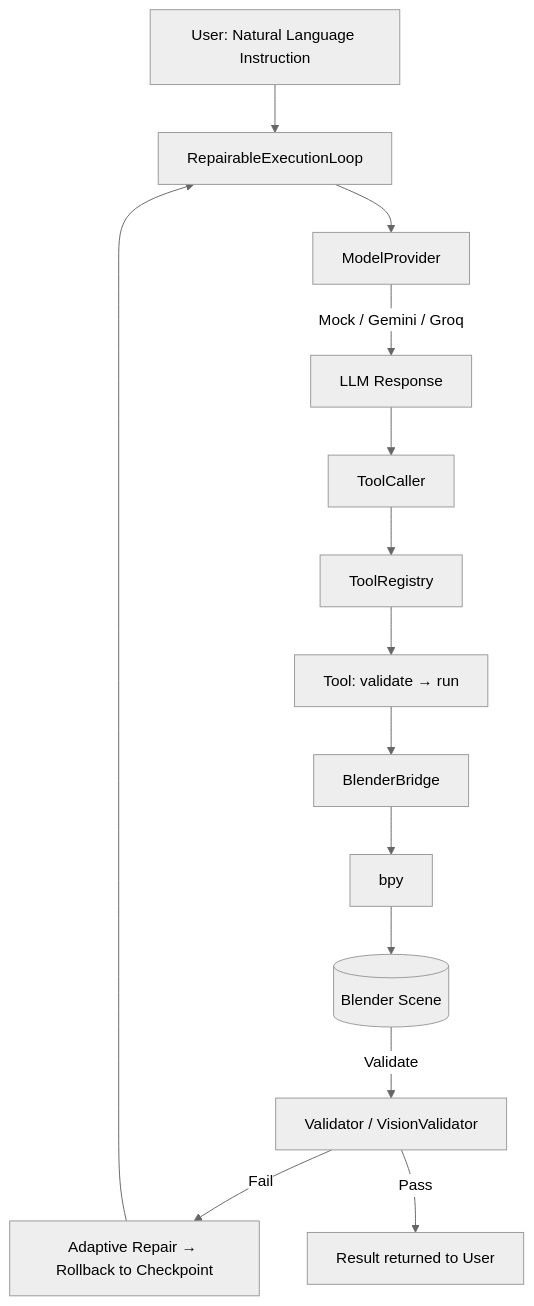
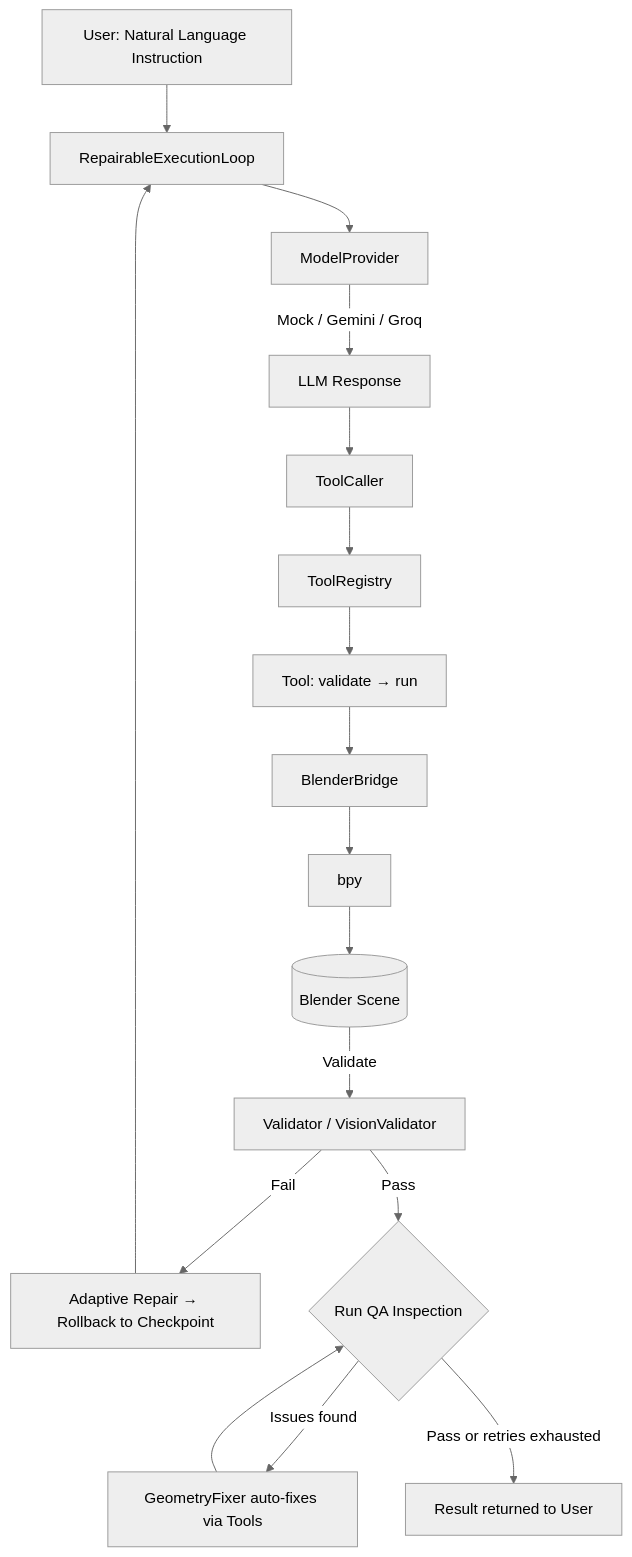
The first of 2 diagrams in README.md (Dsaini2002/Blender-AI-Agent), drawn with Mermaid (neutral theme) before and after one commit. The commit also changed other lines of this file, not shown here.

````diff
--- a/README.md
+++ b/README.md
@@ -42,16 +43,19 @@
 ```mermaid
 flowchart TD
     U[User: Natural Language Instruction] --> EL[RepairableExecutionLoop]
     EL --> MP[ModelProvider]
     MP -->|Mock / Gemini / Groq| RES[LLM Response]
     RES --> TC[ToolCaller]
     TC --> TR[ToolRegistry]
     TR --> T[Tool: validate → run]
     T --> BB[BlenderBridge]
     BB --> BPY[bpy]
     BPY --> SCENE[(Blender Scene)]
     SCENE -->|Validate| VAL[Validator / VisionValidator]
     VAL -->|Fail| REPAIR[Adaptive Repair → Rollback to Checkpoint]
     REPAIR --> EL
-    VAL -->|Pass| DONE[Result returned to User]
+    VAL -->|Pass| QA{Run QA Inspection}
+    QA -->|Issues found| FIX[GeometryFixer auto-fixes via Tools]
+    FIX --> QA
+    QA -->|Pass or retries exhausted| DONE[Result returned to User]
 ```
````
